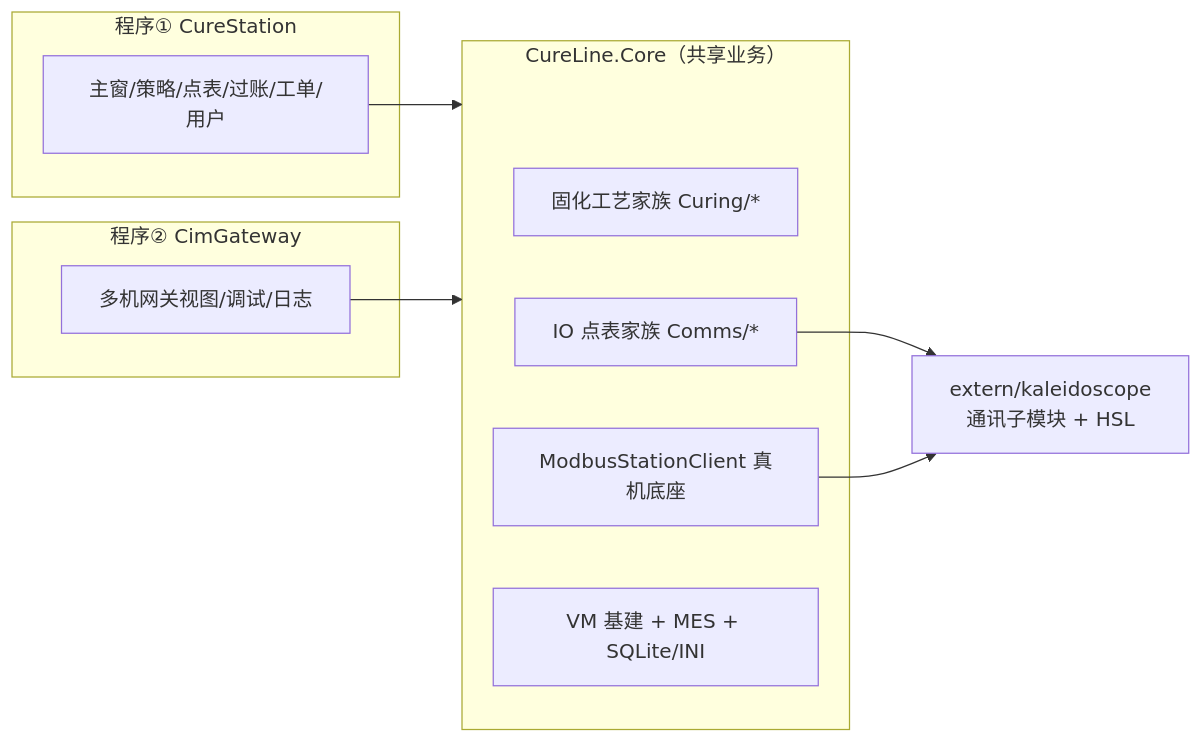
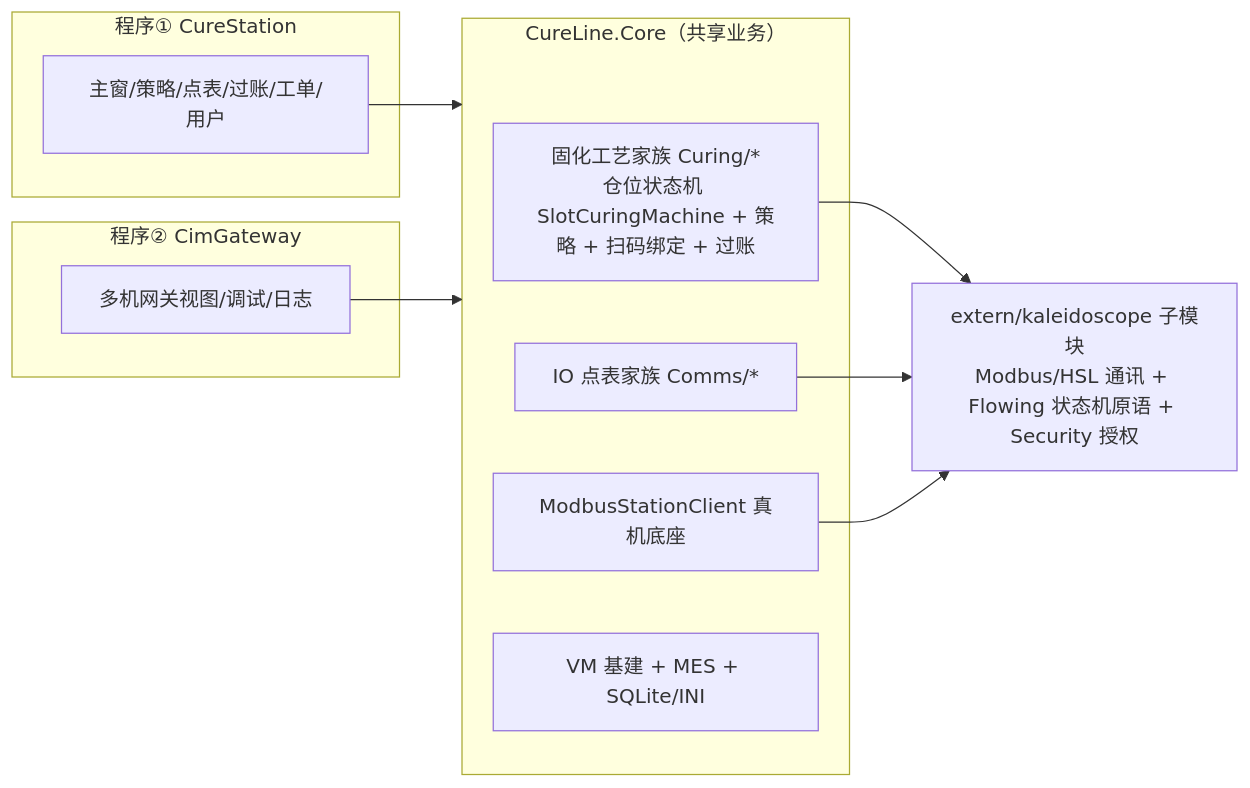
One commit to lq700212/CureLine changed the diagram in README.md. Above: the diagram before and after it, drawn with Mermaid. The commit also changed other lines of this file and 1 other file, not shown here.

First line of the commit message:
V0.0.107（2026-11-16，README 文档同步——架构图补状态机与 kaleidoscope 三身份，代码零改动）

````diff
--- a/README.md
+++ b/README.md
@@ -270,20 +193,21 @@
 ```mermaid
 graph LR
     subgraph CureStation["程序① CureStation"]
         A1[主窗/策略/点表/过账/工单/用户]
     end
     subgraph CimGateway["程序② CimGateway"]
         A2[多机网关视图/调试/日志]
     end
     subgraph Core["CureLine.Core（共享业务）"]
-        C1[固化工艺家族 Curing/*]
+        C1["固化工艺家族 Curing/*<br/>仓位状态机 SlotCuringMachine + 策略 + 扫码绑定 + 过账"]
         C2[IO 点表家族 Comms/*]
         C3[ModbusStationClient 真机底座]
         C4[VM 基建 + MES + SQLite/INI]
     end
-    K[extern/kaleidoscope<br/>通讯子模块 + HSL]
+    K["extern/kaleidoscope 子模块<br/>Modbus/HSL 通讯 + Flowing 状态机原语 + Security 授权"]
     A1 --> Core
     A2 --> Core
+    C1 --> K
     C2 --> K
     C3 --> K
 ```
````
